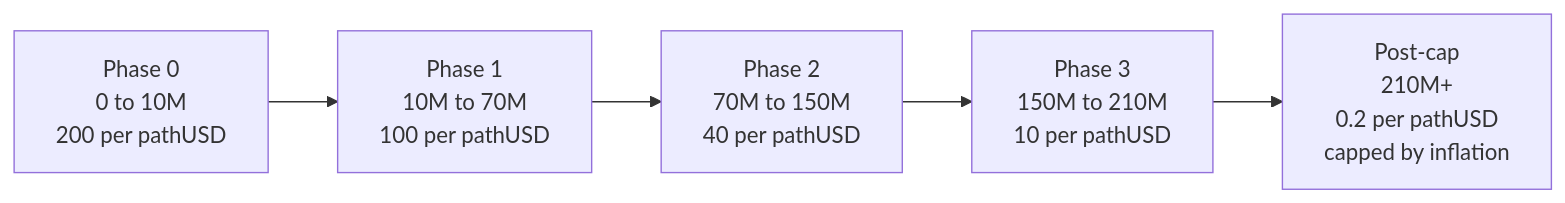
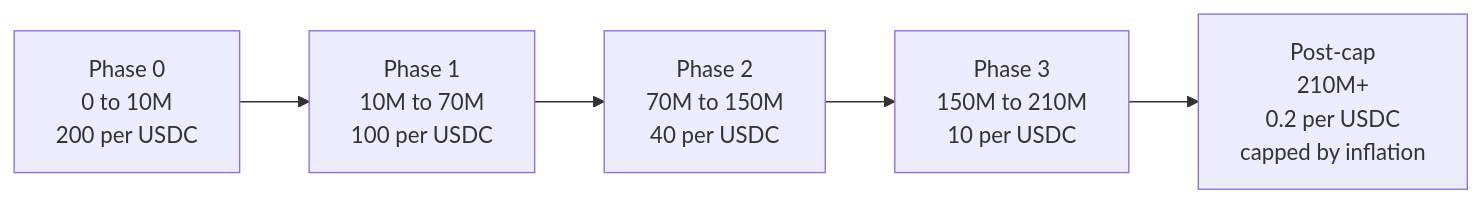
Before and after one commit to dudelynft-dotcom/DF: the ninth of 19 diagrams in WHITEPAPER.md, drawn with Mermaid. The commit also changed other lines of this file and 2 other files, not shown here.

````diff
--- a/WHITEPAPER.md
+++ b/WHITEPAPER.md
@@ -404,8 +399,8 @@
 ```mermaid
 flowchart LR
-    P0["Phase 0<br/>0 to 10M<br/>200 per pathUSD"] --> P1
-    P1["Phase 1<br/>10M to 70M<br/>100 per pathUSD"] --> P2
-    P2["Phase 2<br/>70M to 150M<br/>40 per pathUSD"] --> P3
-    P3["Phase 3<br/>150M to 210M<br/>10 per pathUSD"] --> PC
-    PC["Post-cap<br/>210M+<br/>0.2 per pathUSD<br/>capped by inflation"]
+    P0["Phase 0<br/>0 to 10M<br/>200 per USDC"] --> P1
+    P1["Phase 1<br/>10M to 70M<br/>100 per USDC"] --> P2
+    P2["Phase 2<br/>70M to 150M<br/>40 per USDC"] --> P3
+    P3["Phase 3<br/>150M to 210M<br/>10 per USDC"] --> PC
+    PC["Post-cap<br/>210M+<br/>0.2 per USDC<br/>capped by inflation"]
 ```
````
